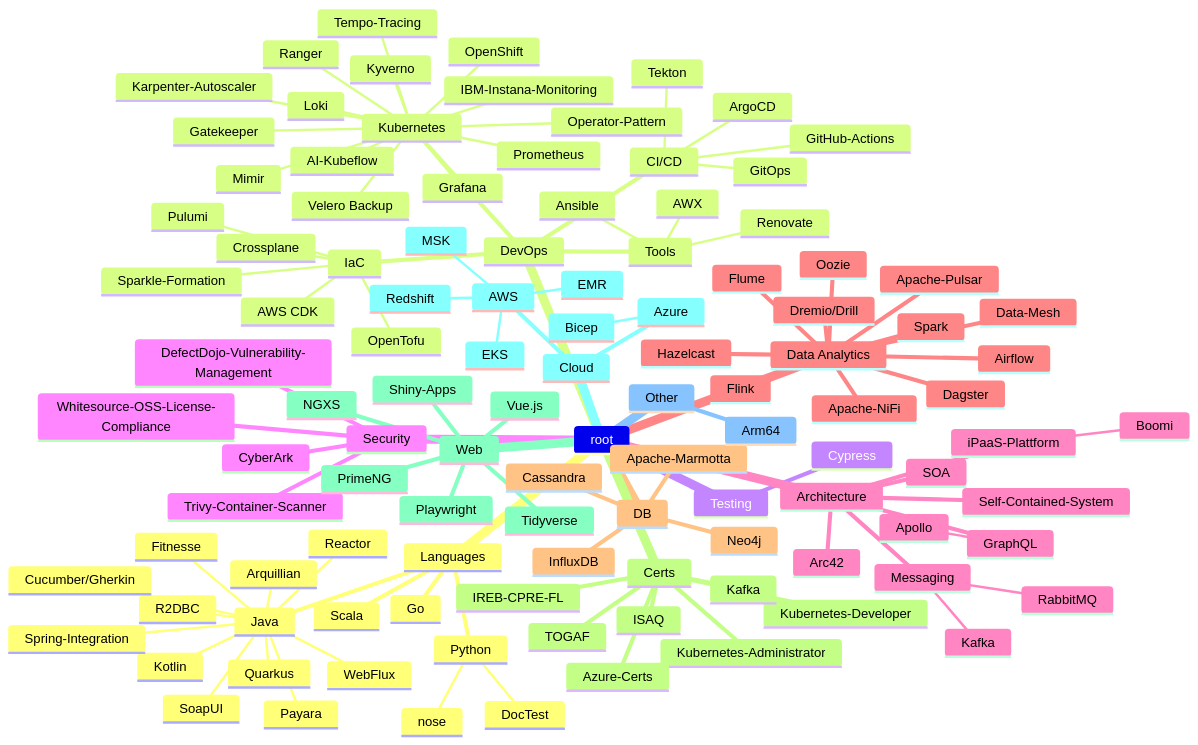
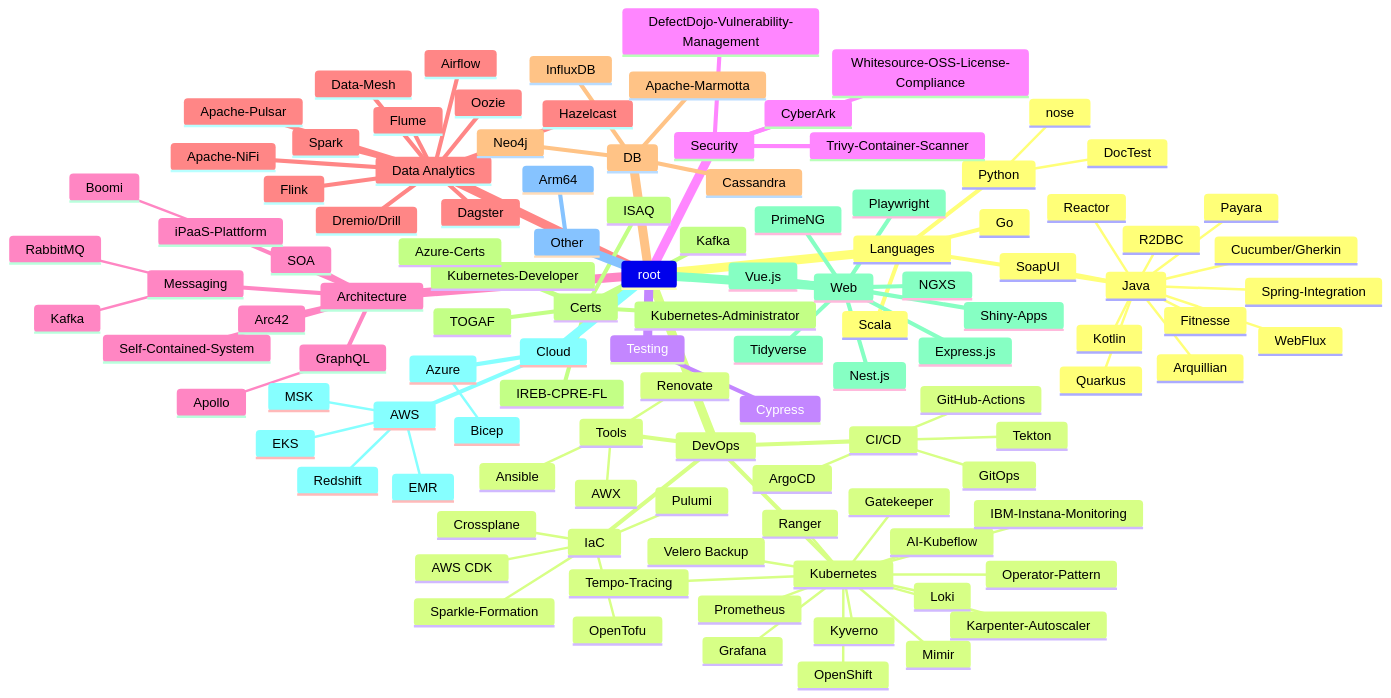
One commit to thinkaboutcode/knowledge-base changed the diagram in trends_cheatsheet.md. Above: the diagram before and after it, drawn with Mermaid.

Commit message:
modified cheatsheet for trends

```diff
--- a/trends_cheatsheet.md
+++ b/trends_cheatsheet.md
@@ -97,6 +97,8 @@
       ISAQ
     Web
       Vue.js
+      Nest.js
+      Express.js
       NGXS
       PrimeNG
       Shiny-Apps
```
